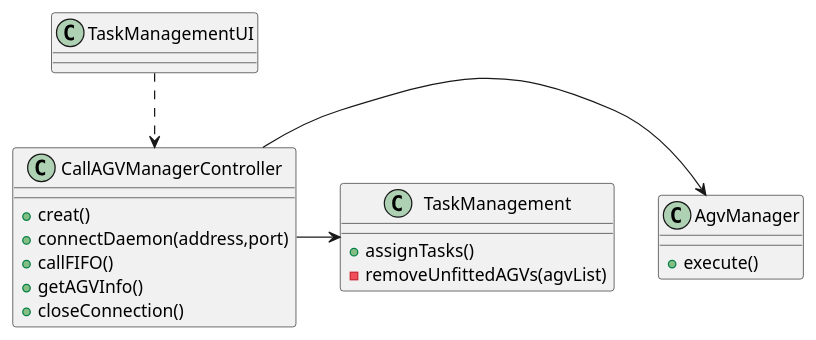
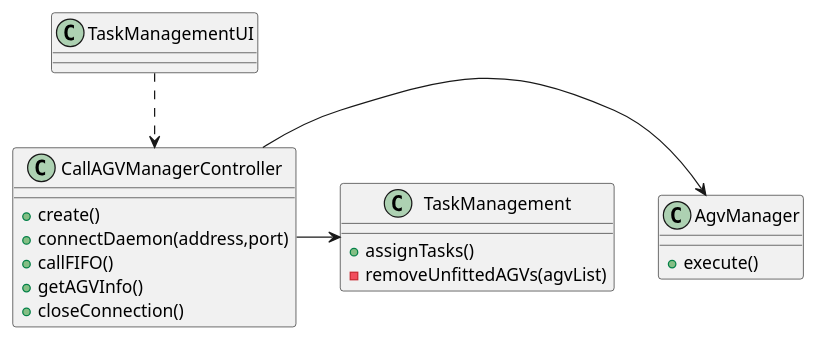
One commit to 0franciscor/lei21_22_s4_2de_01 changed the diagram in docs/1201239/US4002/CD_4002.puml. Above: the diagram before and after it, drawn with PlantUML. The commit also changed 8 other files, not shown here.

```diff
--- a/docs/1201239/US4002/CD_4002.puml
+++ b/docs/1201239/US4002/CD_4002.puml
@@ -1,28 +1,28 @@
 @startuml
 
 class TaskManagementUI {}
 
 class CallAGVManagerController {
-+creat()
++create()
 +connectDaemon(address,port)
 +callFIFO()
 +getAGVInfo()
 +closeConnection()
 }
 
 class AgvManager {
 +execute()
 }
 
 class TaskManagement {
 +assignTasks()
 -removeUnfittedAGVs(agvList)
 }
 
 
 TaskManagementUI ..> CallAGVManagerController
 
 CallAGVManagerController -> AgvManager
 CallAGVManagerController -> TaskManagement
 
 @enduml
```
